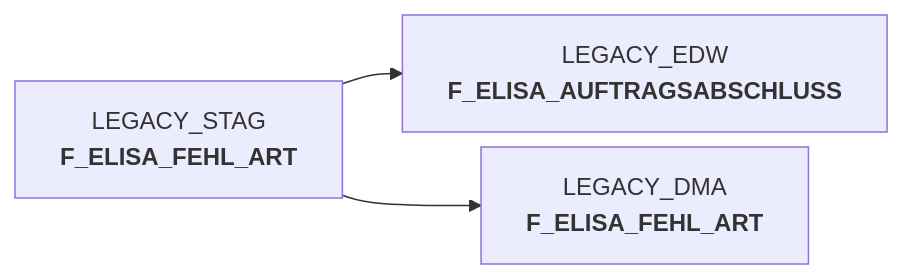
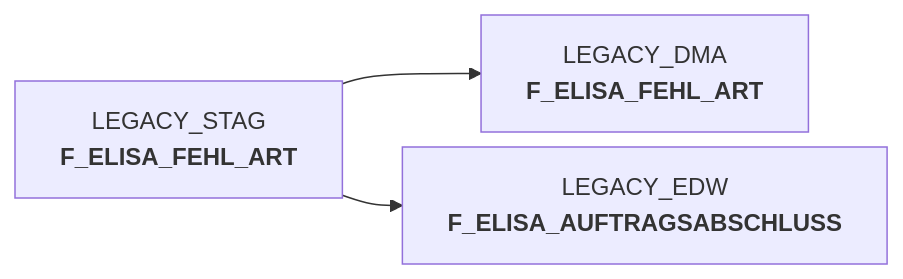
One commit to integration-factory-de/sas_code_docs changed the diagram in docs/Applications/DWELISAAUFTRAB/snow_auftragsabschlussmeldung_fa_n_edw.sas.md. Above: the diagram before and after it, drawn with Mermaid. The commit also changed other lines of this file and 129 other files, not shown here.

````diff
--- a/docs/Applications/DWELISAAUFTRAB/snow_auftragsabschlussmeldung_fa_n_edw.sas.md
+++ b/docs/Applications/DWELISAAUFTRAB/snow_auftragsabschlussmeldung_fa_n_edw.sas.md
@@ -9,11 +44,11 @@
 ```mermaid
 %%{init: {'flowchart': { 'nodeSpacing': 10, 'rankSpacing': 40, 'rankdir': 'TB' }}}%%
 
 flowchart LR
 
+  LEGACY_STAG.F_ELISA_FEHL_ART["LEGACY_STAG<br/><b>F_ELISA_FEHL_ART</b>"] --> LEGACY_DMA.F_ELISA_FEHL_ART["LEGACY_DMA<br/><b>F_ELISA_FEHL_ART</b>"]
   LEGACY_STAG.F_ELISA_FEHL_ART["LEGACY_STAG<br/><b>F_ELISA_FEHL_ART</b>"] --> LEGACY_EDW.F_ELISA_AUFTRAGSABSCHLUSS["LEGACY_EDW<br/><b>F_ELISA_AUFTRAGSABSCHLUSS</b>"]
-  LEGACY_STAG.F_ELISA_FEHL_ART["LEGACY_STAG<br/><b>F_ELISA_FEHL_ART</b>"] --> LEGACY_DMA.F_ELISA_FEHL_ART["LEGACY_DMA<br/><b>F_ELISA_FEHL_ART</b>"]
   click LEGACY_STAG.F_ELISA_FEHL_ART "../../tables/LEGACY_STAG/F_ELISA_FEHL_ART"
+  click LEGACY_DMA.F_ELISA_FEHL_ART "../../tables/LEGACY_DMA/F_ELISA_FEHL_ART"
   click LEGACY_EDW.F_ELISA_AUFTRAGSABSCHLUSS "../../tables/LEGACY_EDW/F_ELISA_AUFTRAGSABSCHLUSS"
-  click LEGACY_DMA.F_ELISA_FEHL_ART "../../tables/LEGACY_DMA/F_ELISA_FEHL_ART"
 ```
````
